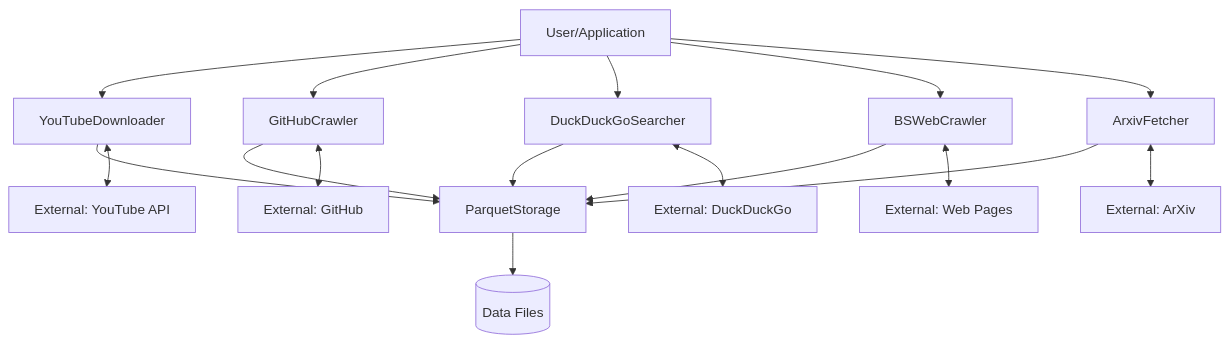
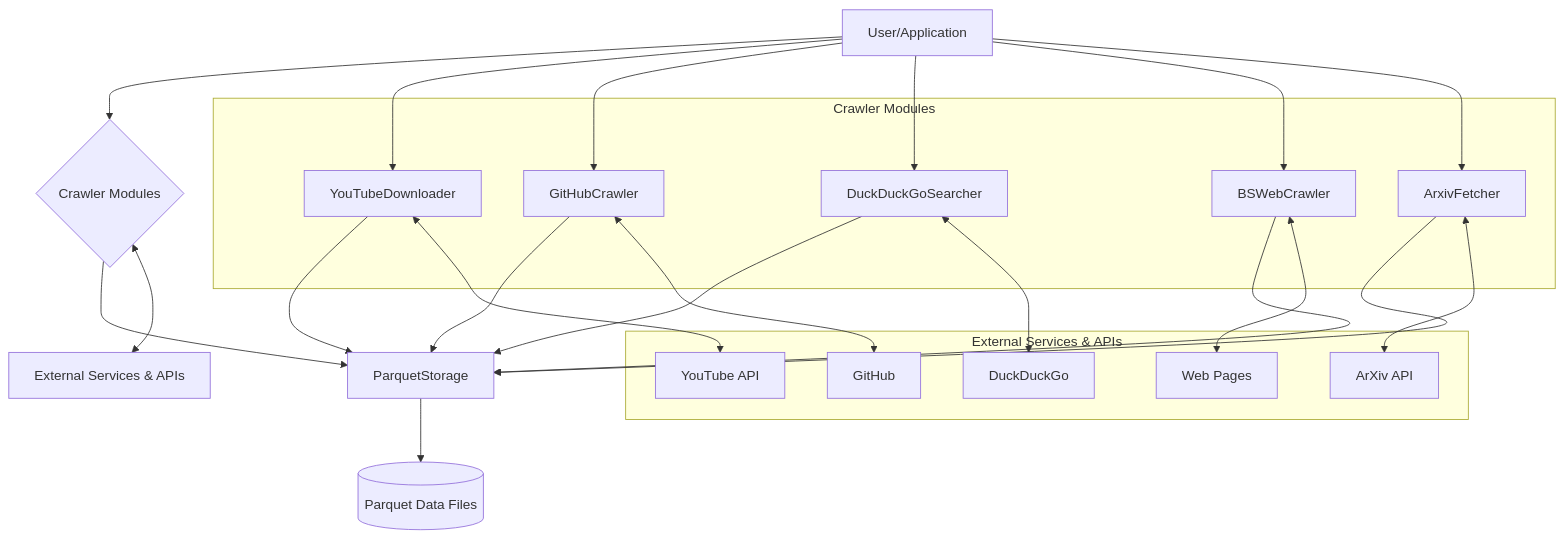
One commit to Ollama-Agent-Roll-Cage/oarc-crawlers changed the first of 5 diagrams in docs/Specification.md. Above: the diagram before and after it, drawn with Mermaid. The commit also changed other lines of this file and 2 other files, not shown here.

First line of the commit message:
Enhance OARC-Crawlers Specification Document

````diff
--- a/docs/Specification.md
+++ b/docs/Specification.md
@@ -60,22 +54,41 @@
 ```mermaid
 graph TD
-    User[User/Application] --> YT[YouTubeDownloader]
-    User --> GH[GitHubCrawler]
-    User --> DDG[DuckDuckGoSearcher]
-    User --> BS[BSWebCrawler]
-    User --> AX[ArxivFetcher]
-    
-    YT --> PS[ParquetStorage]
+    User[User/Application] --> Crawlers{Crawler Modules}
+    Crawlers --> PS[ParquetStorage]
+    Crawlers <--> EXT[External Services & APIs]
+    PS --> DF[(Parquet Data Files)]
+
+    subgraph Crawler Modules
+        YT[YouTubeDownloader]
+        GH[GitHubCrawler]
+        DDG[DuckDuckGoSearcher]
+        BS[BSWebCrawler]
+        AX[ArxivFetcher]
+    end
+
+    subgraph External Services & APIs
+        API_YT[YouTube API]
+        API_GH[GitHub]
+        API_DDG[DuckDuckGo]
+        API_WEB[Web Pages]
+        API_AX[ArXiv API]
+    end
+
+    User --> YT
+    User --> GH
+    User --> DDG
+    User --> BS
+    User --> AX
+
+    YT --> PS
     GH --> PS
     DDG --> PS
     BS --> PS
     AX --> PS
-    
-    PS --> DF[(Data Files)]
-    
-    YT <--> EXT1[External: YouTube API]
-    GH <--> EXT2[External: GitHub]
-    DDG <--> EXT3[External: DuckDuckGo]
-    BS <--> EXT4[External: Web Pages]
-    AX <--> EXT5[External: ArXiv]
+
+    YT <--> API_YT
+    GH <--> API_GH
+    DDG <--> API_DDG
+    BS <--> API_WEB
+    AX <--> API_AX
 ```
````
